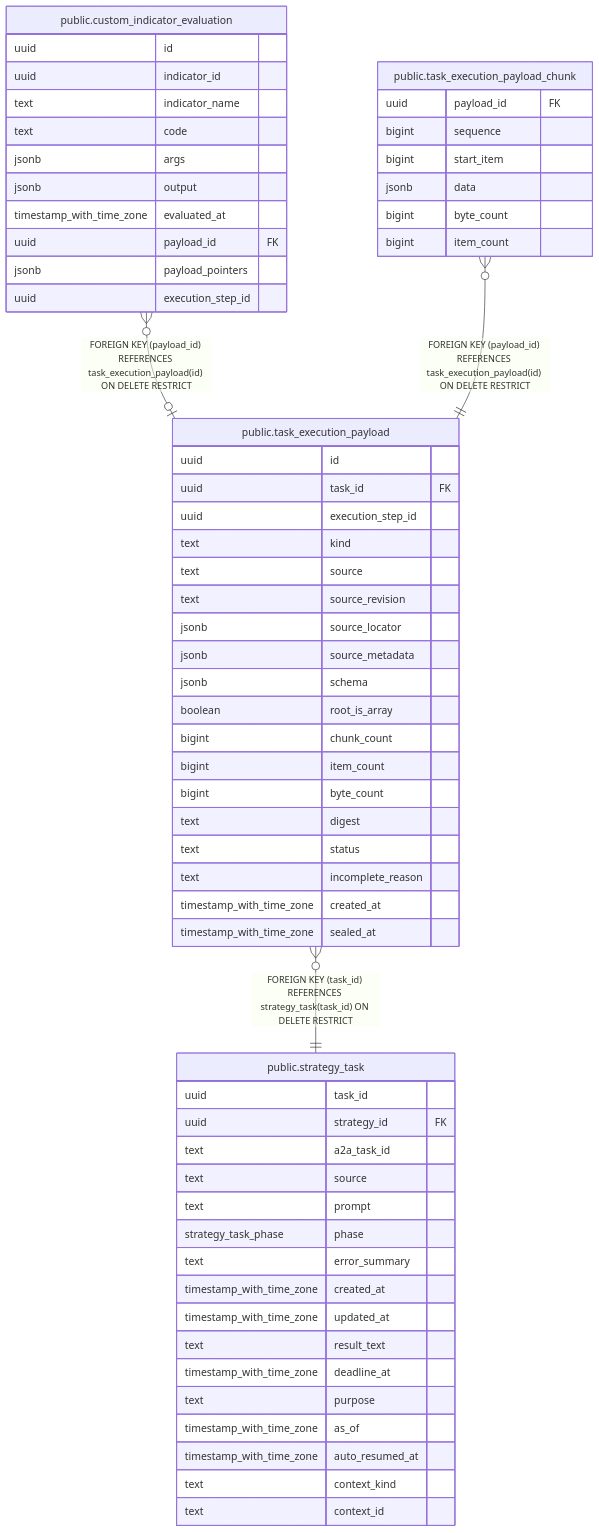
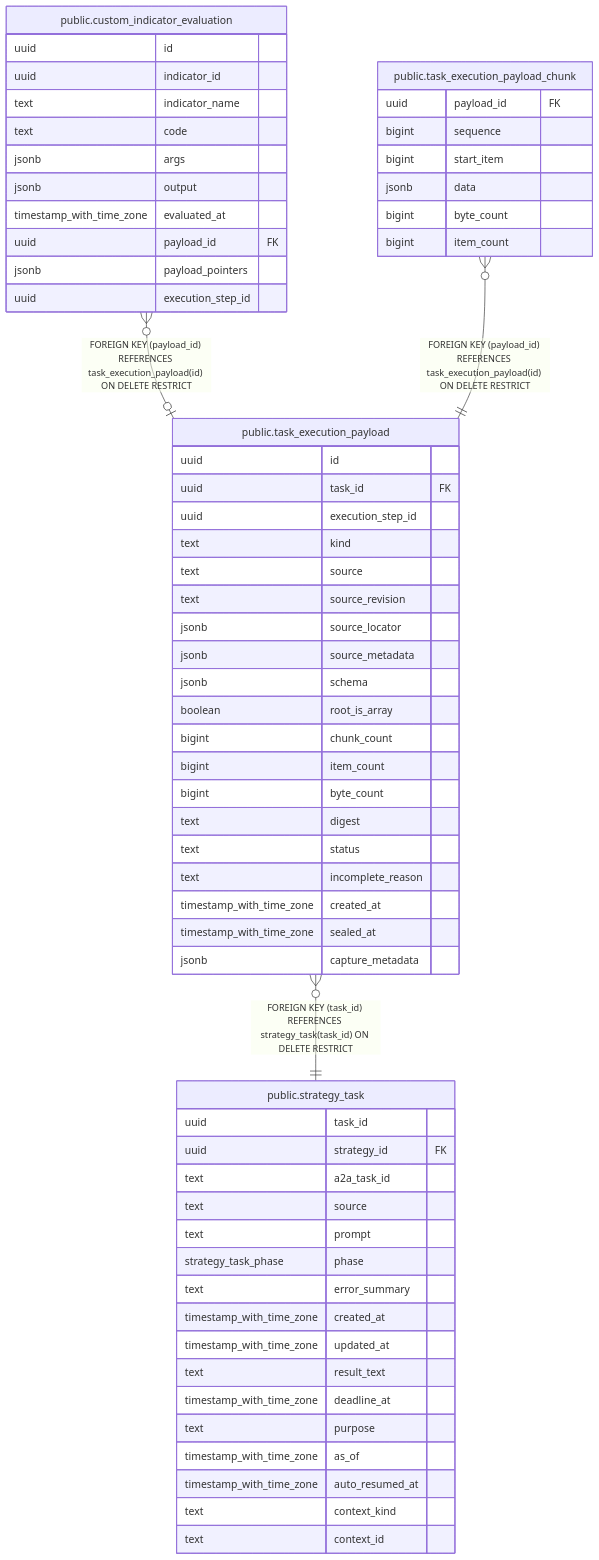
Before and after one commit to fohte/t-rader: the diagram in backend/docs/db/public.task_execution_payload.md, drawn with Mermaid. The commit also changed other lines of this file and 16 other files, not shown here.

````diff
--- a/backend/docs/db/public.task_execution_payload.md
+++ b/backend/docs/db/public.task_execution_payload.md
@@ -68,66 +70,67 @@
 ```mermaid
 erDiagram
 
 "public.custom_indicator_evaluation" }o--o| "public.task_execution_payload" : "FOREIGN KEY (payload_id) REFERENCES task_execution_payload(id) ON DELETE RESTRICT"
 "public.task_execution_payload_chunk" }o--|| "public.task_execution_payload" : "FOREIGN KEY (payload_id) REFERENCES task_execution_payload(id) ON DELETE RESTRICT"
 "public.task_execution_payload" }o--|| "public.strategy_task" : "FOREIGN KEY (task_id) REFERENCES strategy_task(task_id) ON DELETE RESTRICT"
 
 "public.task_execution_payload" {
   uuid id
   uuid task_id FK
   uuid execution_step_id
   text kind
   text source
   text source_revision
   jsonb source_locator
   jsonb source_metadata
   jsonb schema
   boolean root_is_array
   bigint chunk_count
   bigint item_count
   bigint byte_count
   text digest
   text status
   text incomplete_reason
   timestamp_with_time_zone created_at
   timestamp_with_time_zone sealed_at
+  jsonb capture_metadata
 }
 "public.custom_indicator_evaluation" {
   uuid id
   uuid indicator_id
   text indicator_name
   text code
   jsonb args
   jsonb output
   timestamp_with_time_zone evaluated_at
   uuid payload_id FK
   jsonb payload_pointers
   uuid execution_step_id
 }
 "public.task_execution_payload_chunk" {
   uuid payload_id FK
   bigint sequence
   bigint start_item
   jsonb data
   bigint byte_count
   bigint item_count
 }
 "public.strategy_task" {
   uuid task_id
   uuid strategy_id FK
   text a2a_task_id
   text source
   text prompt
   strategy_task_phase phase
   text error_summary
   timestamp_with_time_zone created_at
   timestamp_with_time_zone updated_at
   text result_text
   timestamp_with_time_zone deadline_at
   text purpose
   timestamp_with_time_zone as_of
   timestamp_with_time_zone auto_resumed_at
   text context_kind
   text context_id
 }
 ```
````
